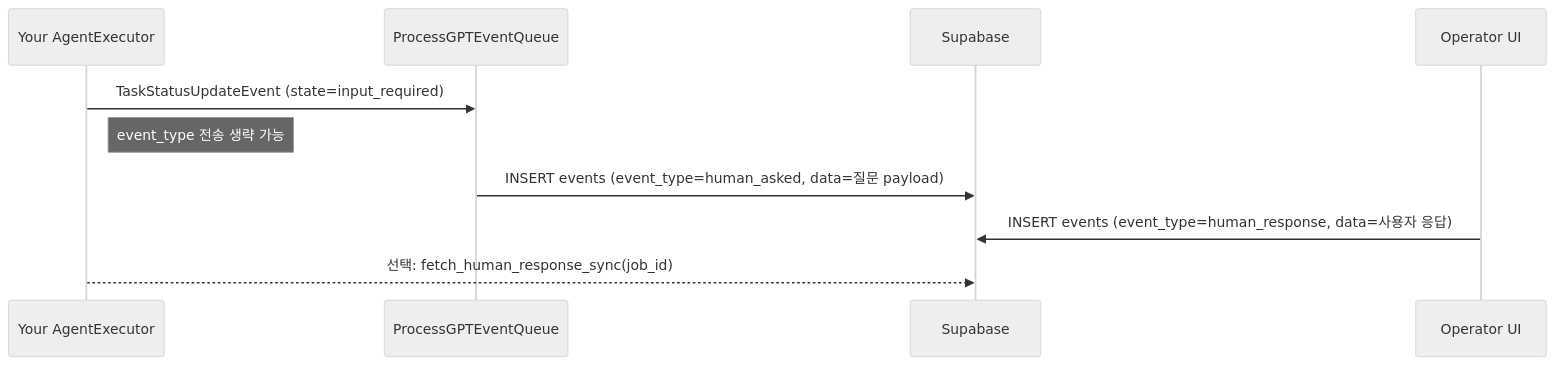
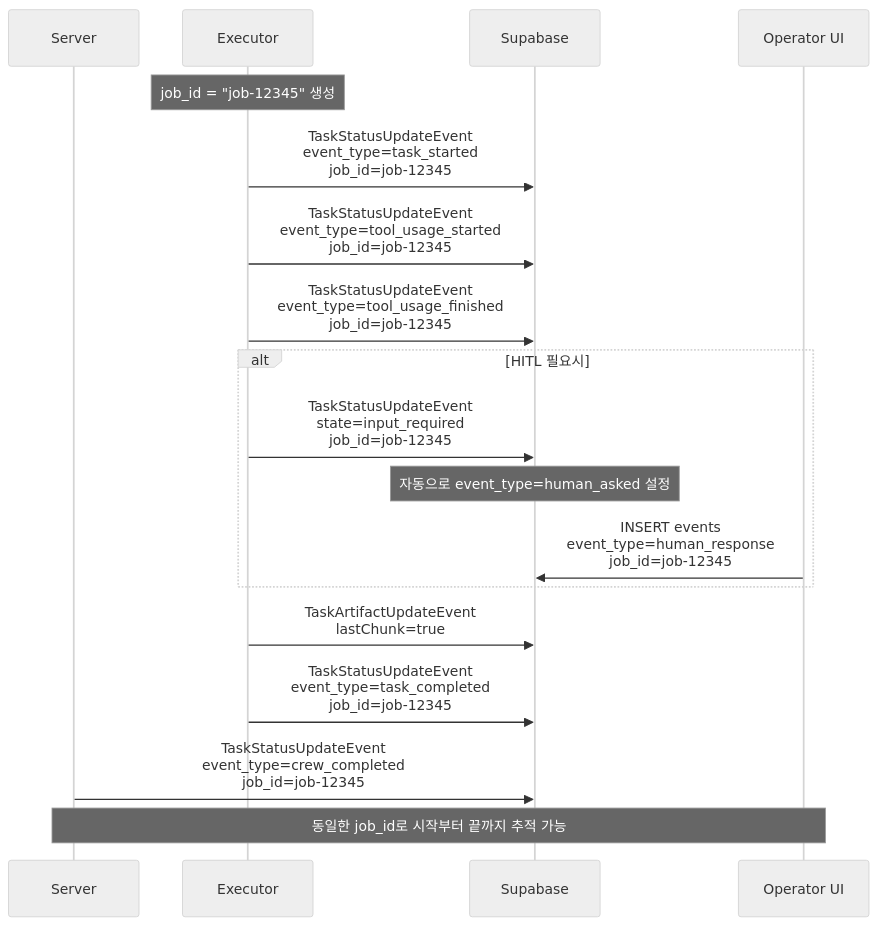
Before and after one commit to uengine-oss/process-gpt-agent-sdk: the second of 2 diagrams in README.md, drawn with Mermaid (neutral theme). The commit also changed other lines of this file and 2 other files, not shown here.

````diff
--- a/README.md
+++ b/README.md
@@ -60,13 +146,30 @@
 ```mermaid
 sequenceDiagram
-    participant EXE as Your AgentExecutor
-    participant EQ as ProcessGPTEventQueue
-    participant SB as Supabase
+    participant S as Server
+    participant E as Executor
+    participant DB as Supabase
     participant UI as Operator UI
-
-    EXE->>EQ: TaskStatusUpdateEvent (state=input_required)
-    Note right of EXE: event_type 전송 생략 가능
-    EQ->>SB: INSERT events (event_type=human_asked, data=질문 payload)
-    UI->>SB: INSERT events (event_type=human_response, data=사용자 응답)
-    EXE-->>SB: 선택: fetch_human_response_sync(job_id)
+    
+    Note over E: job_id = "job-12345" 생성
+    
+    E->>DB: TaskStatusUpdateEvent<br/>event_type=task_started<br/>job_id=job-12345
+    
+    E->>DB: TaskStatusUpdateEvent<br/>event_type=tool_usage_started<br/>job_id=job-12345
+    
+    E->>DB: TaskStatusUpdateEvent<br/>event_type=tool_usage_finished<br/>job_id=job-12345
+    
+    alt HITL 필요시
+        E->>DB: TaskStatusUpdateEvent<br/>state=input_required<br/>job_id=job-12345
+        Note over DB: 자동으로 event_type=human_asked 설정
+        
+        UI->>DB: INSERT events<br/>event_type=human_response<br/>job_id=job-12345
+    end
+    
+    E->>DB: TaskArtifactUpdateEvent<br/>lastChunk=true
+    
+    E->>DB: TaskStatusUpdateEvent<br/>event_type=task_completed<br/>job_id=job-12345
+    
+    S->>DB: TaskStatusUpdateEvent<br/>event_type=crew_completed<br/>job_id=job-12345
+    
+    Note over S,UI: 동일한 job_id로 시작부터 끝까지 추적 가능
 ```
````
